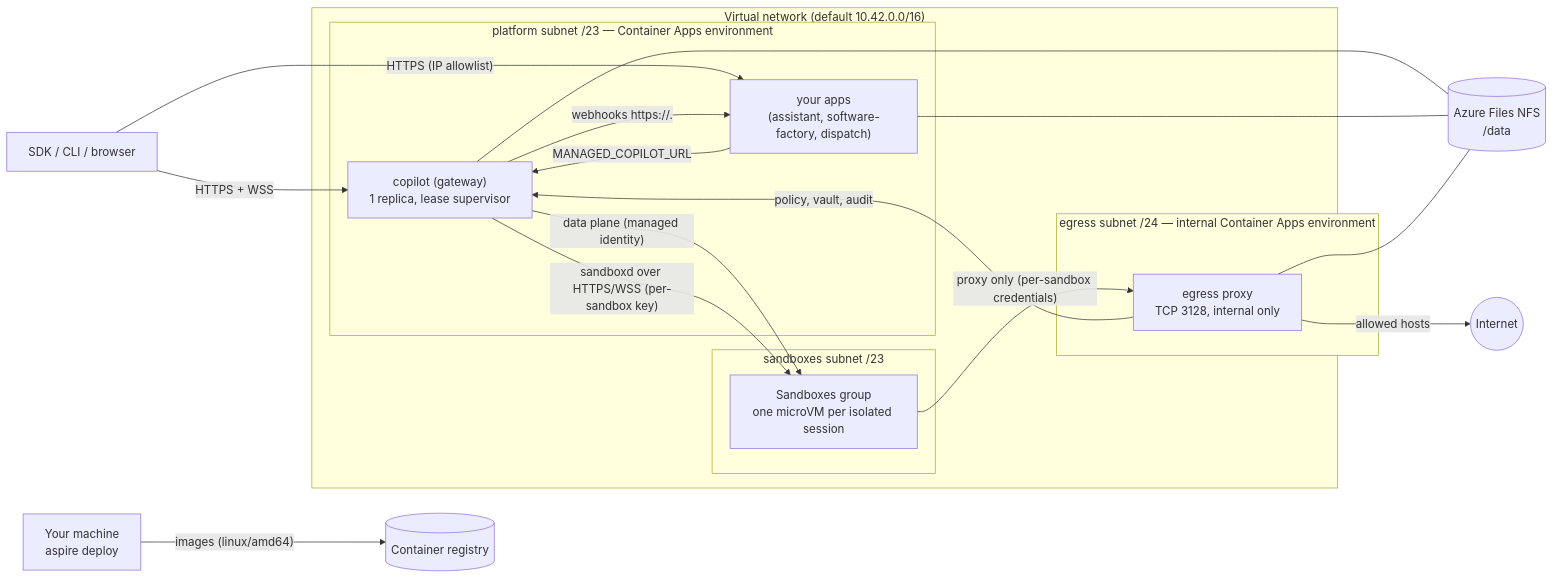
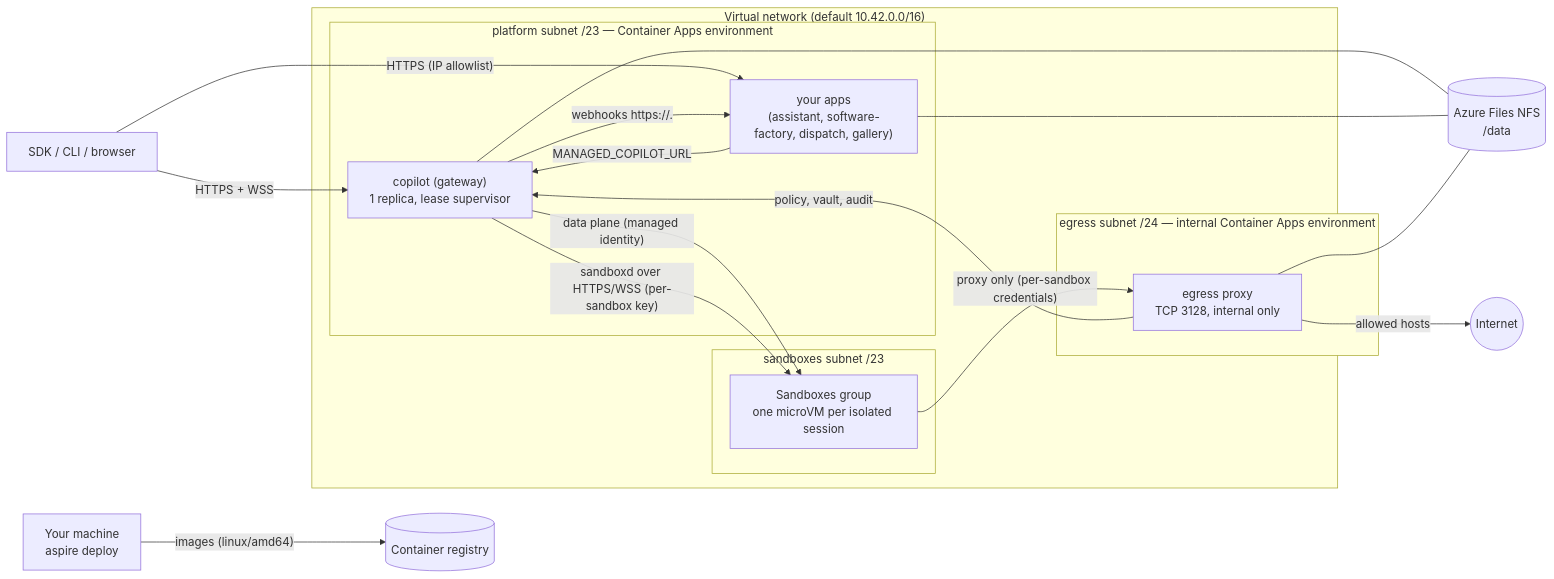
One commit to patniko/managed-copilot-sdk changed the diagram in docs/deployment.md. Above: the diagram before and after it, drawn with Mermaid. The commit also changed other lines of this file and 14 other files, not shown here.

````diff
--- a/docs/deployment.md
+++ b/docs/deployment.md
@@ -26,30 +26,30 @@
 ```mermaid
 flowchart LR
   Dev["Your machine<br/>aspire deploy"] -- "images (linux/amd64)" --> ACR[(Container registry)]
   subgraph VNet["Virtual network (default 10.42.0.0/16)"]
     subgraph Platform["platform subnet /23 — Container Apps environment"]
       GW["copilot (gateway)<br/>1 replica, lease supervisor"]
-      Apps["your apps<br/>(assistant, software-factory, dispatch)"]
+      Apps["your apps<br/>(assistant, software-factory, dispatch, gallery)"]
     end
     subgraph EgressNet["egress subnet /24 — internal Container Apps environment"]
       EP["egress proxy<br/>TCP 3128, internal only"]
     end
     subgraph SbxNet["sandboxes subnet /23"]
       SG["Sandboxes group<br/>one microVM per isolated session"]
     end
   end
   NFS[("Azure Files NFS<br/>/data")]
   Net((Internet))
   Client["SDK / CLI / browser"] -- "HTTPS + WSS" --> GW
   Client -- "HTTPS (IP allowlist)" --> Apps
   Apps -- "MANAGED_COPILOT_URL" --> GW
   GW -- "webhooks https://<app>.<domain>" --> Apps
   GW -- "data plane (managed identity)" --> SG
   GW -- "sandboxd over HTTPS/WSS (per-sandbox key)" --> SG
   SG -- "proxy only (per-sandbox credentials)" --> EP
   EP -- "policy, vault, audit" --> GW
   EP -- "allowed hosts" --> Net
   GW --- NFS
   Apps --- NFS
   EP --- NFS
 ```
````
